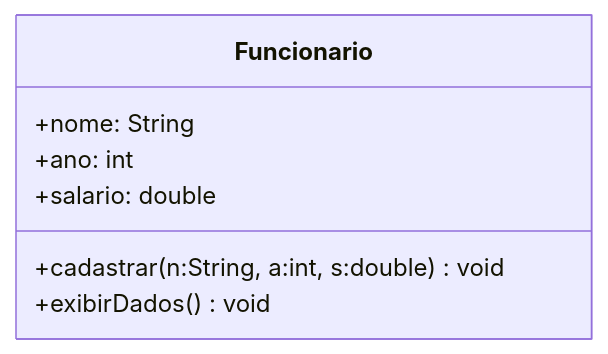
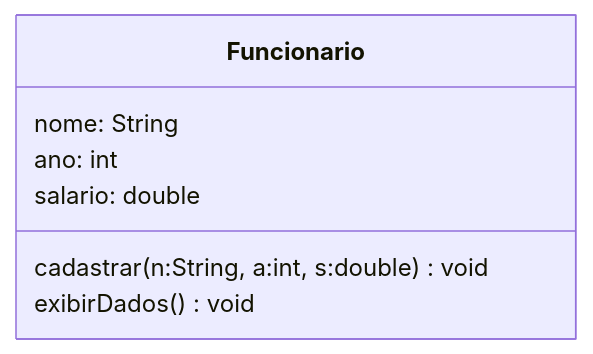
The first of 3 diagrams in PARADIGMAS/AnotParadigmas.md (j-armenio/UFPR), drawn with Mermaid before and after one commit. The commit also changed other lines of this file, not shown here.

````diff
--- a/PARADIGMAS/AnotParadigmas.md
+++ b/PARADIGMAS/AnotParadigmas.md
@@ -188,10 +191,10 @@
 ```mermaid
 classDiagram
     class Funcionario{
-        +nome: String
-        +ano: int
-        +salario: double
-        +cadastrar(n:String, a:int, s:double) void
-        +exibirDados() void
+        nome: String
+        ano: int
+        salario: double
+        cadastrar(n:String, a:int, s:double) void
+        exibirDados() void
     }
 ```
````
